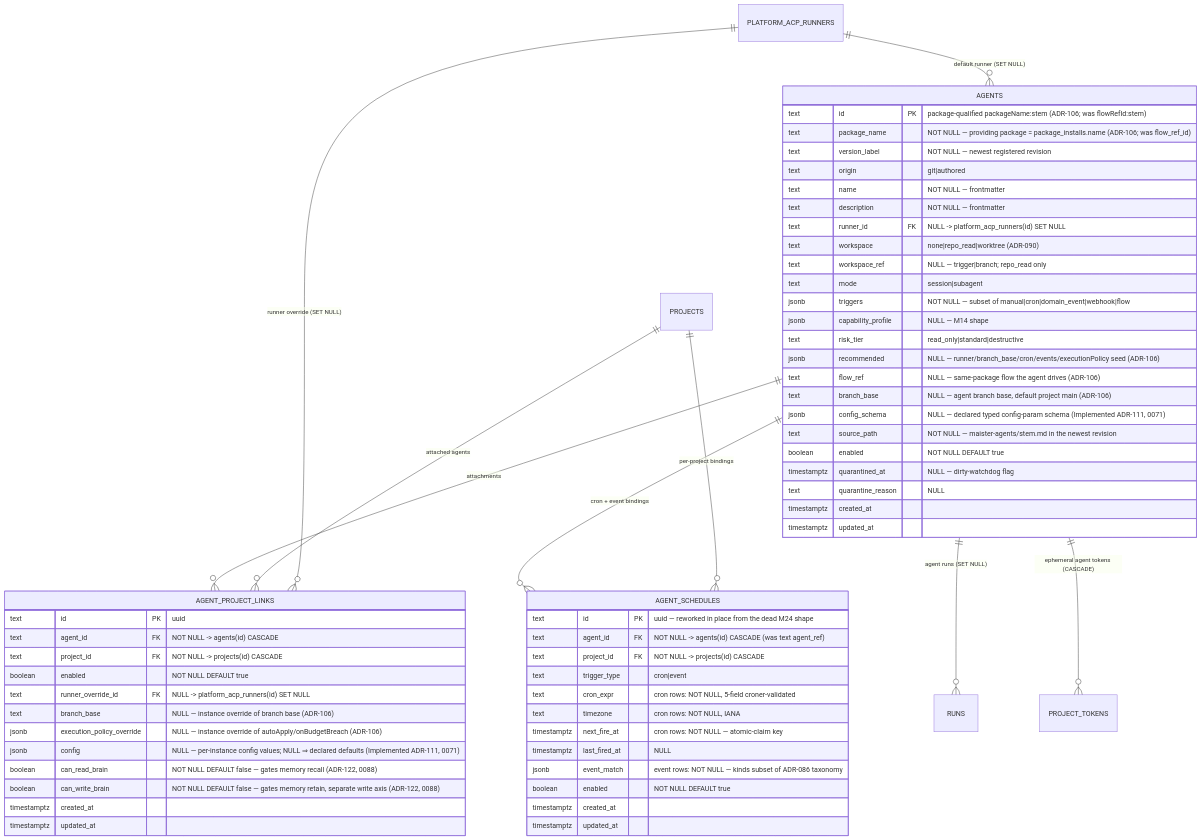
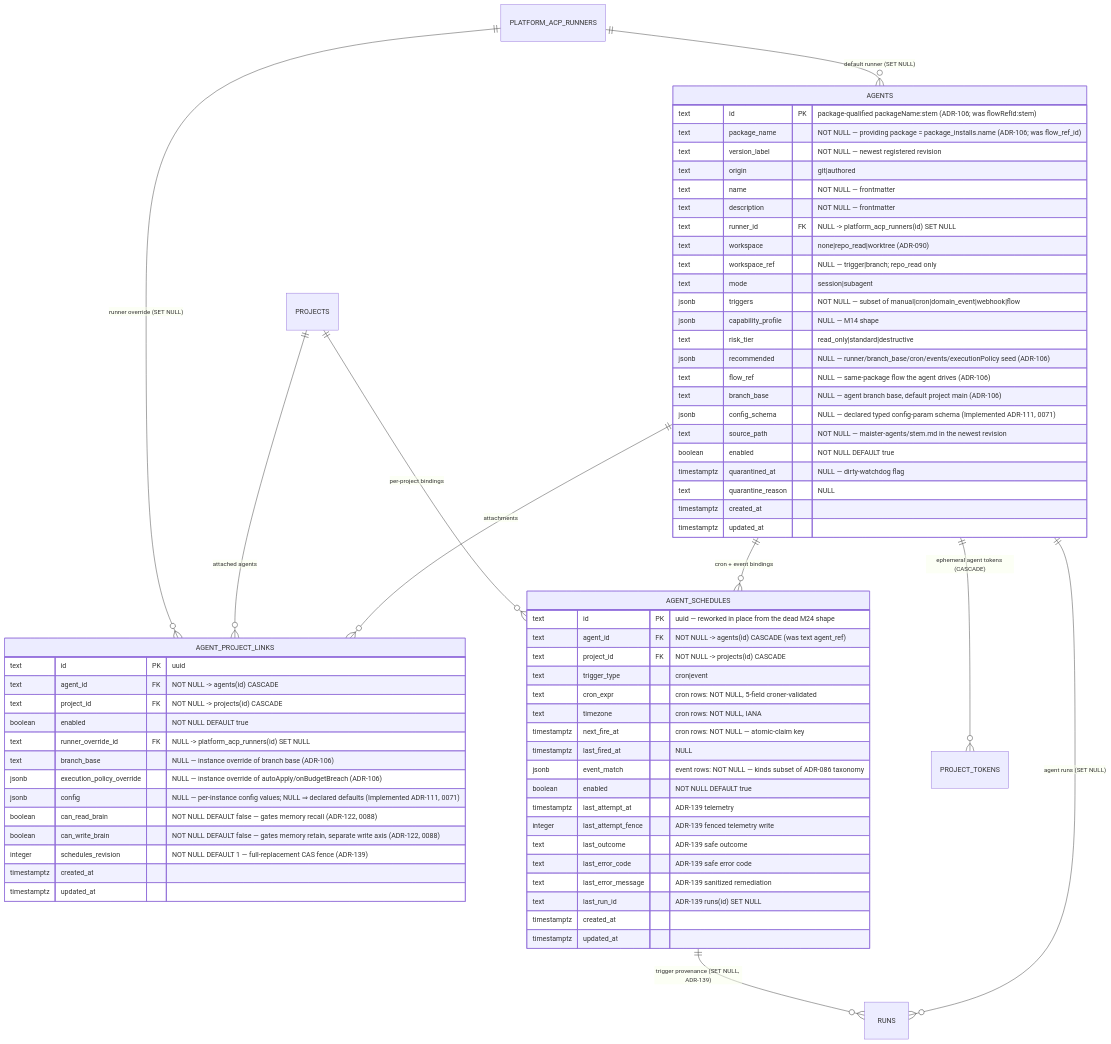
Before and after one commit to maister-dev/maister: the diagram in docs/db/agents-domain.md, drawn with Mermaid. The commit also changed other lines of this file and 23 other files, not shown here.

````diff
--- a/docs/db/agents-domain.md
+++ b/docs/db/agents-domain.md
@@ -25,67 +30,75 @@
 ```mermaid
 erDiagram
     PLATFORM_ACP_RUNNERS ||--o{ AGENTS : "default runner (SET NULL)"
     AGENTS ||--o{ AGENT_PROJECT_LINKS : "attachments"
     PROJECTS ||--o{ AGENT_PROJECT_LINKS : "attached agents"
     PLATFORM_ACP_RUNNERS ||--o{ AGENT_PROJECT_LINKS : "runner override (SET NULL)"
     AGENTS ||--o{ AGENT_SCHEDULES : "cron + event bindings"
     PROJECTS ||--o{ AGENT_SCHEDULES : "per-project bindings"
     AGENTS ||--o{ RUNS : "agent runs (SET NULL)"
+    AGENT_SCHEDULES ||--o{ RUNS : "trigger provenance (SET NULL, ADR-139)"
     AGENTS ||--o{ PROJECT_TOKENS : "ephemeral agent tokens (CASCADE)"
 
     AGENTS {
         text id PK "package-qualified packageName:stem (ADR-106; was flowRefId:stem)"
         text package_name "NOT NULL — providing package = package_installs.name (ADR-106; was flow_ref_id)"
         text version_label "NOT NULL — newest registered revision"
         text origin "git|authored"
         text name "NOT NULL — frontmatter"
         text description "NOT NULL — frontmatter"
         text runner_id FK "NULL -> platform_acp_runners(id) SET NULL"
         text workspace "none|repo_read|worktree (ADR-090)"
         text workspace_ref "NULL — trigger|branch; repo_read only"
         text mode "session|subagent"
         jsonb triggers "NOT NULL — subset of manual|cron|domain_event|webhook|flow"
         jsonb capability_profile "NULL — M14 shape"
         text risk_tier "read_only|standard|destructive"
         jsonb recommended "NULL — runner/branch_base/cron/events/executionPolicy seed (ADR-106)"
         text flow_ref "NULL — same-package flow the agent drives (ADR-106)"
         text branch_base "NULL — agent branch base, default project main (ADR-106)"
         jsonb config_schema "NULL — declared typed config-param schema (Implemented ADR-111, 0071)"
         text source_path "NOT NULL — maister-agents/stem.md in the newest revision"
         boolean enabled "NOT NULL DEFAULT true"
         timestamptz quarantined_at "NULL — dirty-watchdog flag"
         text quarantine_reason "NULL"
         timestamptz created_at
         timestamptz updated_at
     }
 
     AGENT_PROJECT_LINKS {
         text id PK "uuid"
         text agent_id FK "NOT NULL -> agents(id) CASCADE"
         text project_id FK "NOT NULL -> projects(id) CASCADE"
         boolean enabled "NOT NULL DEFAULT true"
         text runner_override_id FK "NULL -> platform_acp_runners(id) SET NULL"
         text branch_base "NULL — instance override of branch base (ADR-106)"
         jsonb execution_policy_override "NULL — instance override of autoApply/onBudgetBreach (ADR-106)"
         jsonb config "NULL — per-instance config values; NULL ⇒ declared defaults (Implemented ADR-111, 0071)"
         boolean can_read_brain "NOT NULL DEFAULT false — gates memory recall (ADR-122, 0088)"
         boolean can_write_brain "NOT NULL DEFAULT false — gates memory retain, separate write axis (ADR-122, 0088)"
+        integer schedules_revision "NOT NULL DEFAULT 1 — full-replacement CAS fence (ADR-139)"
         timestamptz created_at
         timestamptz updated_at
     }
 
     AGENT_SCHEDULES {
         text id PK "uuid — reworked in place from the dead M24 shape"
         text agent_id FK "NOT NULL -> agents(id) CASCADE (was text agent_ref)"
         text project_id FK "NOT NULL -> projects(id) CASCADE"
         text trigger_type "cron|event"
         text cron_expr "cron rows: NOT NULL, 5-field croner-validated"
         text timezone "cron rows: NOT NULL, IANA"
         timestamptz next_fire_at "cron rows: NOT NULL — atomic-claim key"
         timestamptz last_fired_at "NULL"
         jsonb event_match "event rows: NOT NULL — kinds subset of ADR-086 taxonomy"
         boolean enabled "NOT NULL DEFAULT true"
+        timestamptz last_attempt_at "ADR-139 telemetry"
+        integer last_attempt_fence "ADR-139 fenced telemetry write"
+        text last_outcome "ADR-139 safe outcome"
+        text last_error_code "ADR-139 safe error code"
+        text last_error_message "ADR-139 sanitized remediation"
+        text last_run_id "ADR-139 runs(id) SET NULL"
         timestamptz created_at
         timestamptz updated_at
     }
 ```
````
